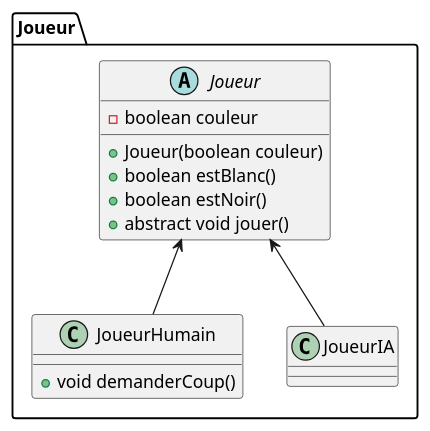
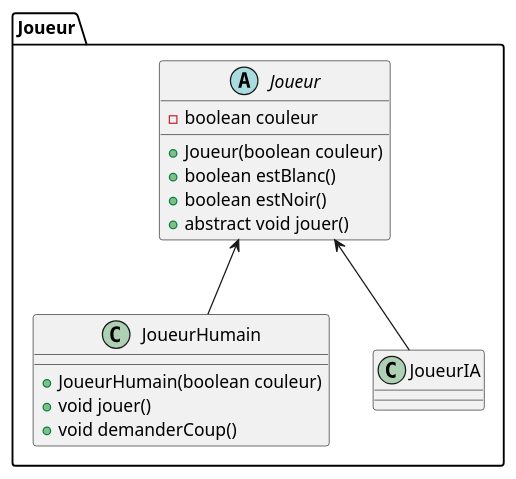
The diagram in src/othello/uml/joueur.puml (HRomaric/Othello), drawn with PlantUML before and after one commit. The commit also changed 2 other files, not shown here.

Commit message:
Ajout de fonction pour joueur + JoueurHumain + Test

```diff
--- a/src/othello/uml/joueur.puml
+++ b/src/othello/uml/joueur.puml
@@ -1,20 +1,22 @@
 @startuml
 package Joueur{
     abstract class "Joueur" as joueur{
         - boolean couleur
         + Joueur(boolean couleur)
         + boolean estBlanc()
         + boolean estNoir()
         + abstract void jouer()
     }
 
     class "JoueurHumain" as joueurHumain{
+        + JoueurHumain(boolean couleur)
+        + void jouer()
         + void demanderCoup()
     }
 
     class "JoueurIA" as joueurIA{}
 
     joueurHumain -up-> joueur
     joueurIA -up-> joueur
 }
 @enduml
```
